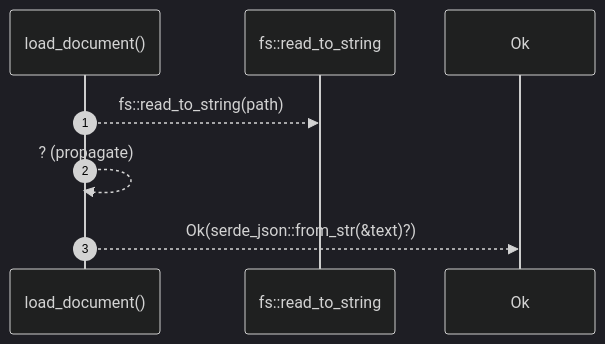
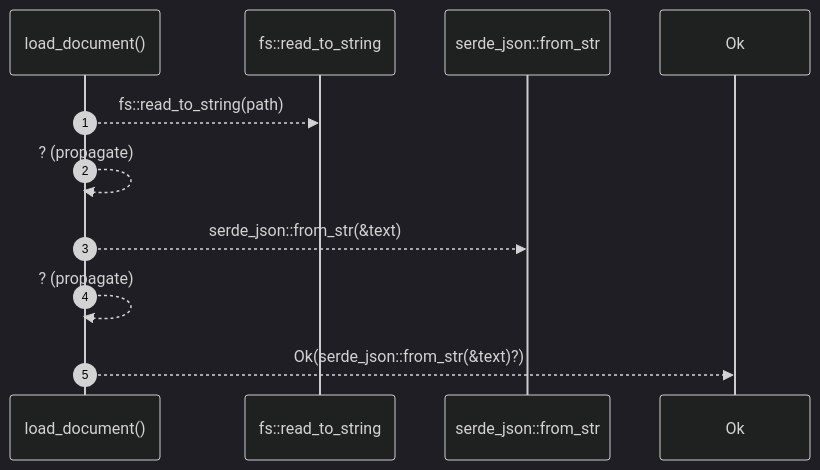
The diagram in docs/self-model/robby_render/pipeline/load-document.md (RyanGuild/self-describing-code), drawn with Mermaid (dark theme) before and after one commit. The commit also changed other lines of this file and 1404 other files, not shown here.

````diff
--- a/docs/self-model/robby_render/pipeline/load-document.md
+++ b/docs/self-model/robby_render/pipeline/load-document.md
@@ -22,10 +22,13 @@
 ```mermaid
 sequenceDiagram
     autonumber
     participant load_document as load_document()
     participant fs__read_to_string as fs::read_to_string
+    participant serde_json__from_str as serde_json::from_str
     participant Ok as Ok
     load_document-->>fs__read_to_string: fs::read_to_string(path)
     load_document-->>load_document: ? (propagate)
+    load_document-->>serde_json__from_str: serde_json::from_str(&text)
+    load_document-->>load_document: ? (propagate)
     load_document-->>Ok: Ok(serde_json::from_str(&text)?)
 ```
````
